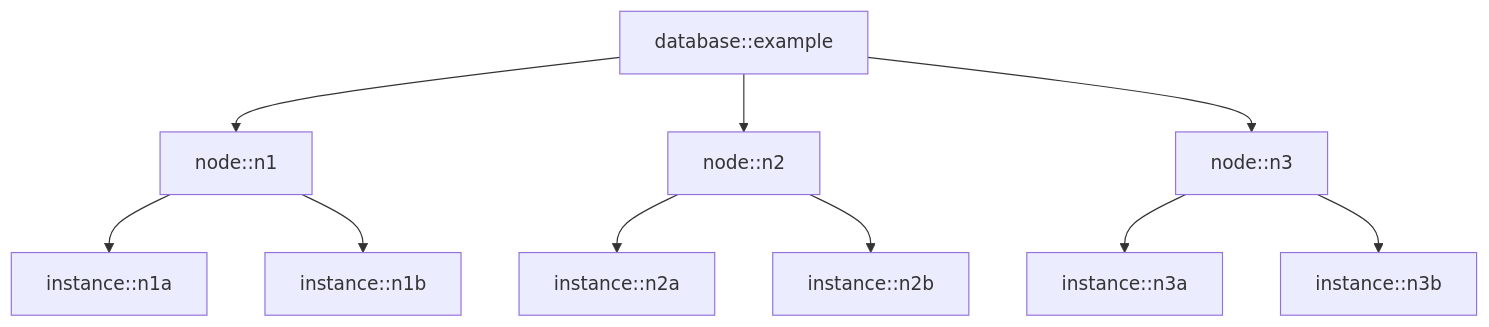
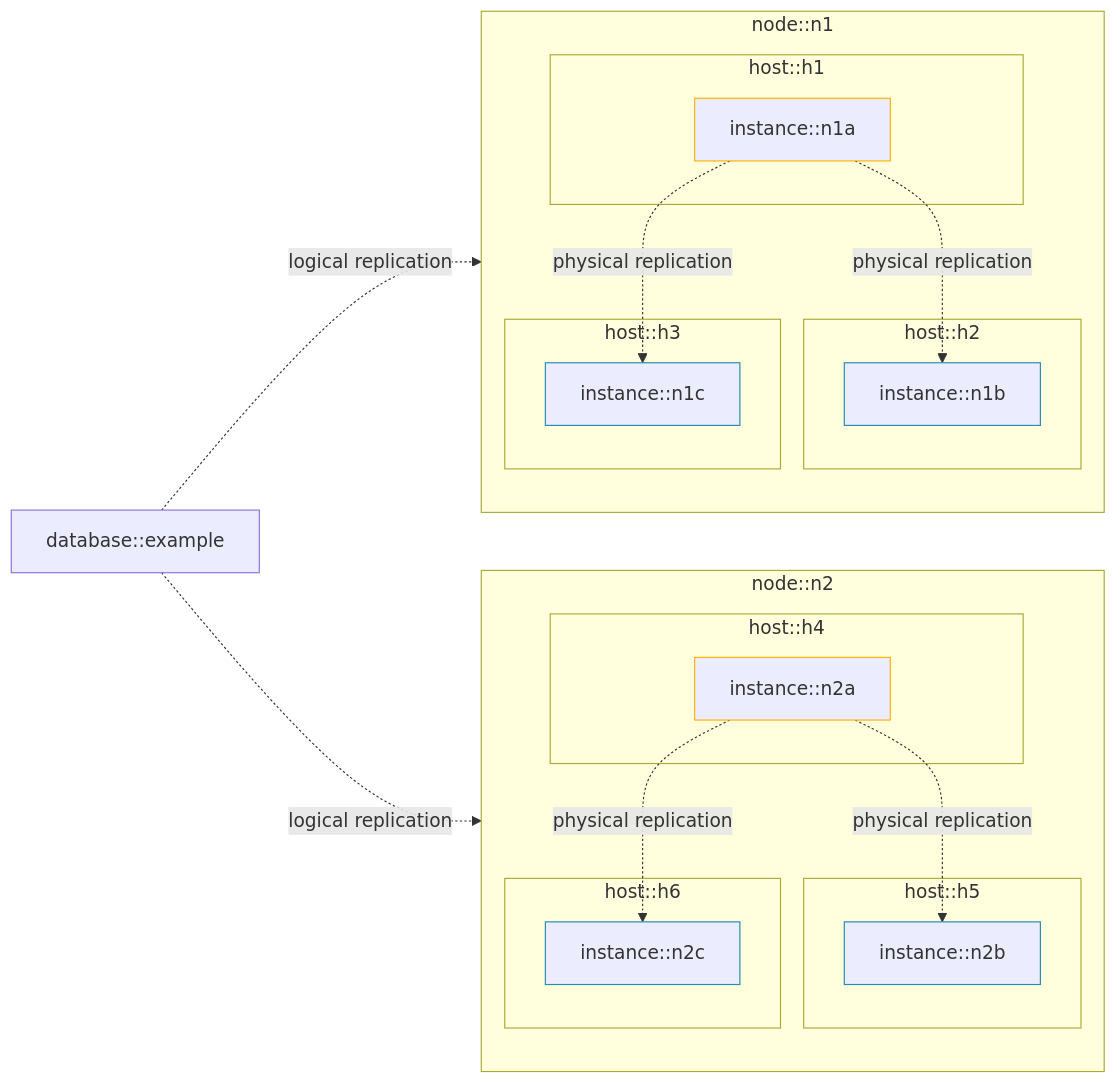
The diagram in docs/concepts.md (pgEdge/control-plane), drawn with Mermaid before and after one commit. The commit also changed other lines of this file, not shown here.

Commit message:
update concepts page terminology + diagram

````diff
--- a/docs/concepts.md
+++ b/docs/concepts.md
@@ -7,12 +7,41 @@
 ```mermaid
-graph TD;
-    database::example-->node::n1;
-    database::example-->node::n2;
-    database::example-->node::n3;
-    node::n1-->instance::n1a;
-    node::n1-->instance::n1b;
-    node::n2-->instance::n2a;
-    node::n2-->instance::n2b;
-    node::n3-->instance::n3a;
-    node::n3-->instance::n3b;
+graph LR;
+    classDef primary stroke:#FFB000
+    classDef replica stroke:#238BB4
+    database::example-.->|logical replication|instance::n1a;
+    database::example-.->|logical replication|instance::n2a;
+
+    subgraph node2["node::n2"]
+        direction TB
+        subgraph host::h4
+            instance::n2a:::primary
+        end
+        subgraph host::h5
+            instance::n2b:::replica
+        end
+        subgraph host::h6
+            instance::n2c:::replica
+        end
+        instance::n2a -.->|physical replication| instance::n2b
+        instance::n2a -.->|physical replication| instance::n2c
+    end
+
+    subgraph node1["node::n1"]
+        direction TB
+        subgraph host::h1
+            
+            instance::n1a:::primary
+        end
+        subgraph host::h2
+            instance::n1b:::replica
+        end
+        subgraph host::h3
+            instance::n1c:::replica
+        end
+
+
+        instance::n1a -.->|physical replication| instance::n1b
+        instance::n1a -.->|physical replication| instance::n1c
+    end
+
 ```
````
